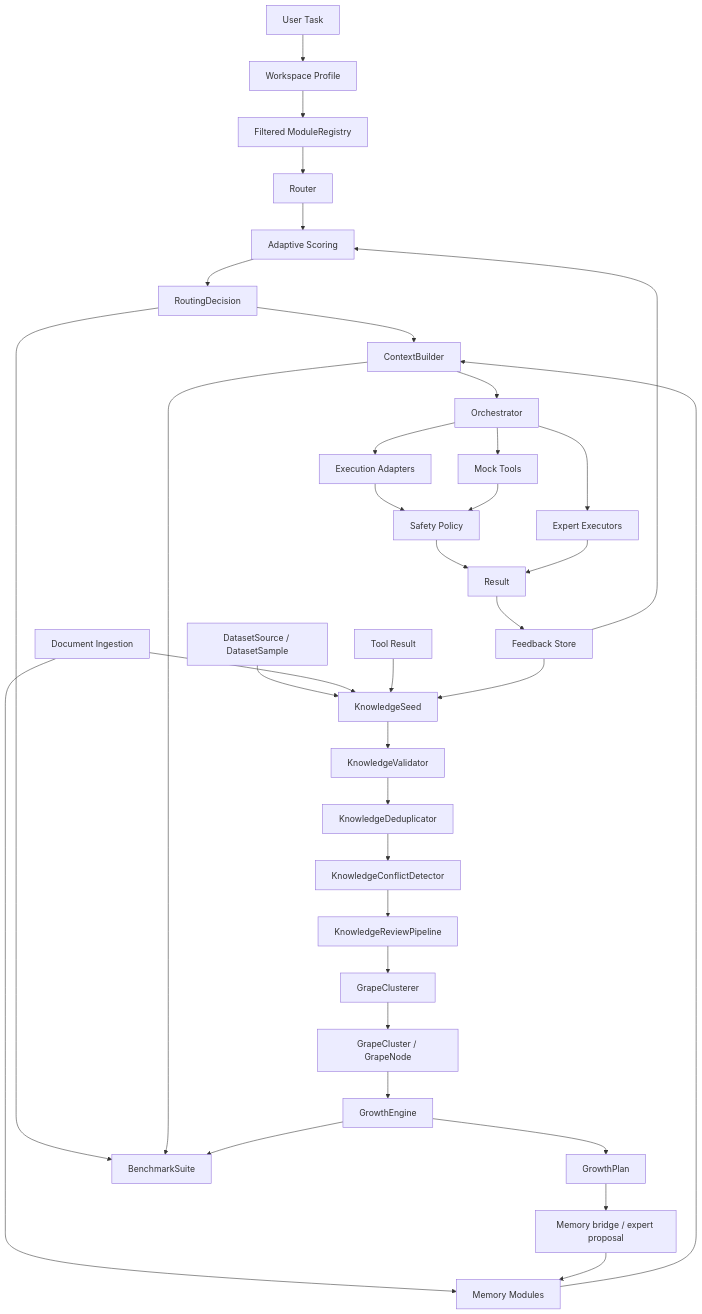
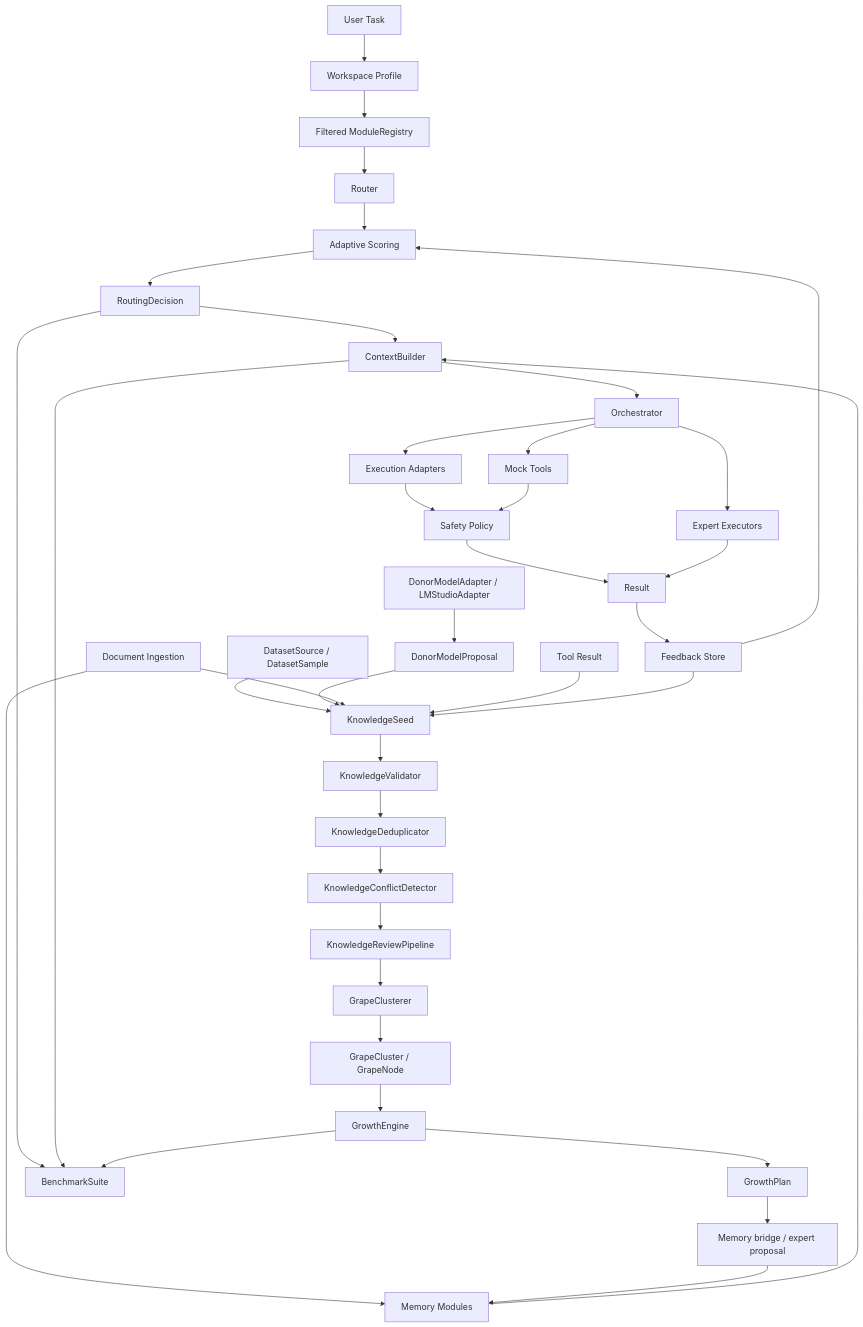
One commit to Robotyaga/Grona changed the diagram in docs/architecture.md. Above: the diagram before and after it, drawn with Mermaid. The commit also changed other lines of this file and 12 other files, not shown here.

First line of the commit message:
Add donor model adapter foundation

````diff
--- a/docs/architecture.md
+++ b/docs/architecture.md
@@ -21,38 +21,40 @@
 ```mermaid
 flowchart TD
     A[User Task] --> B[Workspace Profile]
     B --> C[Filtered ModuleRegistry]
     C --> D[Router]
     F[Feedback Store] --> E[Adaptive Scoring]
     D --> E
     E --> G[RoutingDecision]
     H[Memory Modules] --> I[ContextBuilder]
     J[Document Ingestion] --> H
     DS[DatasetSource / DatasetSample] --> Q[KnowledgeSeed]
+    DM[DonorModelAdapter / LMStudioAdapter] --> DP[DonorModelProposal]
+    DP --> Q
     J --> Q
     R[Tool Result] --> Q
     F --> Q
     Q --> S[KnowledgeValidator]
     S --> U[KnowledgeDeduplicator]
     U --> V[KnowledgeConflictDetector]
     V --> W[KnowledgeReviewPipeline]
     W --> X[GrapeClusterer]
     X --> Y[GrapeCluster / GrapeNode]
     Y --> Z[GrowthEngine]
     Z --> AA[GrowthPlan]
     AA --> AB[Memory bridge / expert proposal]
     AB --> H
     G --> I
     I --> K[Orchestrator]
     K --> L[Expert Executors]
     K --> M[Execution Adapters]
     K --> N[Mock Tools]
     M --> O[Safety Policy]
     N --> O
     O --> P[Result]
     L --> P
     P --> F
     G --> BS[BenchmarkSuite]
     I --> BS
     Z --> BS
 ```
````
